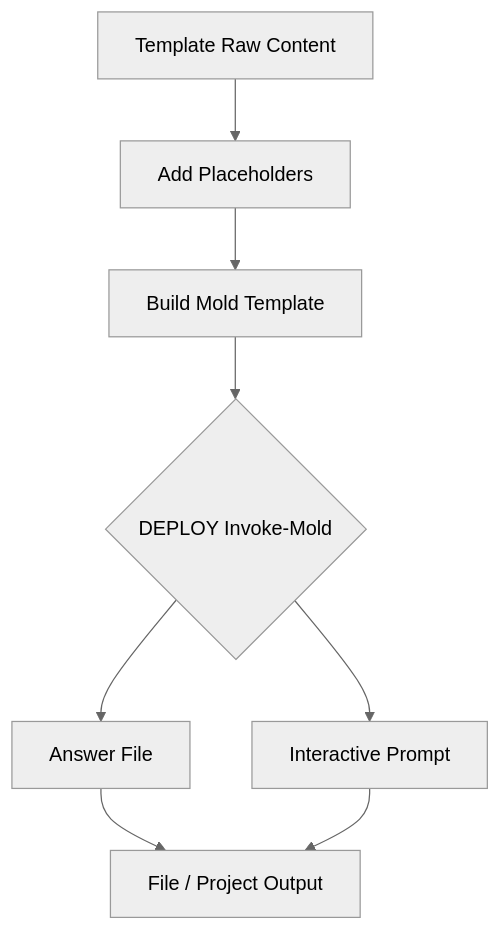
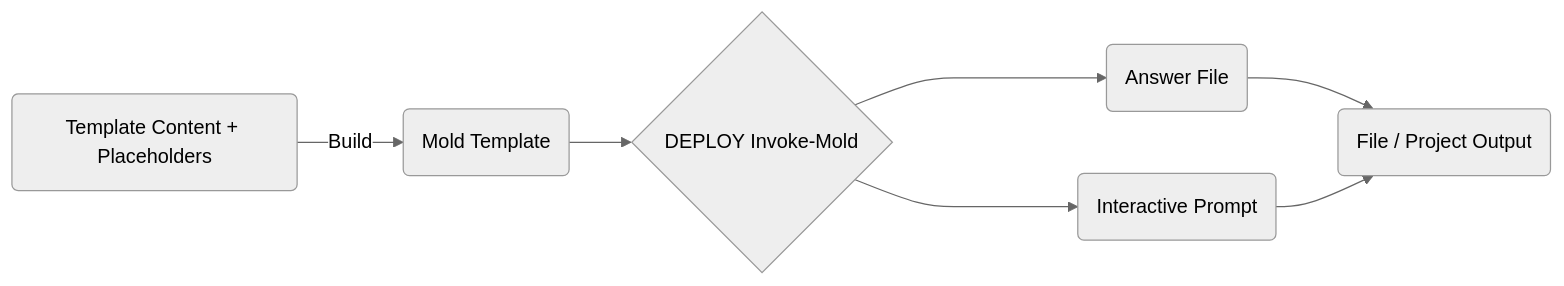
Before and after one commit to belibug/Mold: the diagram in README.md, drawn with Mermaid (neutral theme). The commit also changed other lines of this file and 3 other files, not shown here.

````diff
--- a/README.md
+++ b/README.md
@@ -21,10 +60,9 @@
 ```mermaid
-flowchart TD
-    A[Template Raw Content] --> B[Add Placeholders]
-    B --> C[Build Mold Template]
+flowchart LR
+    A(Template Content + Placeholders) -- Build --> C(Mold Template)
     C --> D{DEPLOY Invoke-Mold}
-    D --> E[Interactive Prompt]
-    D --> F[Answer File]
-    F --> G[File / Project Output]
+    D --> E(Interactive Prompt)
+    D ----> F(Answer File)
+    F --> G(File / Project Output)
     E --> G
 ```
````
